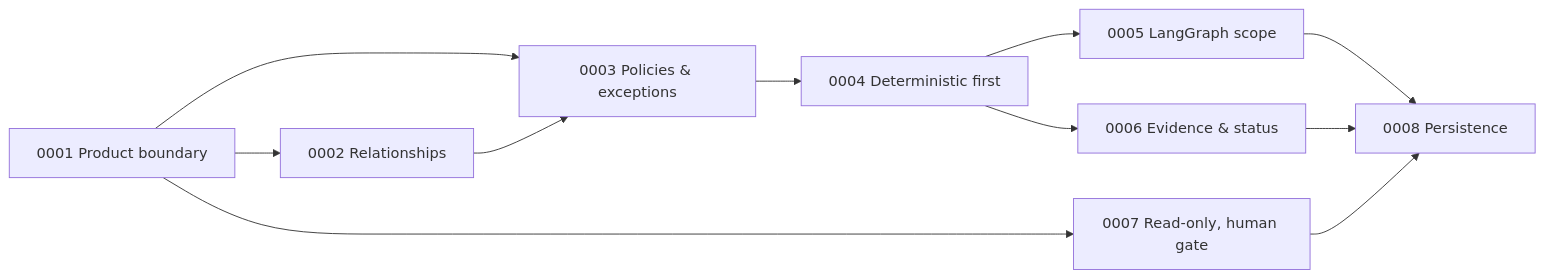
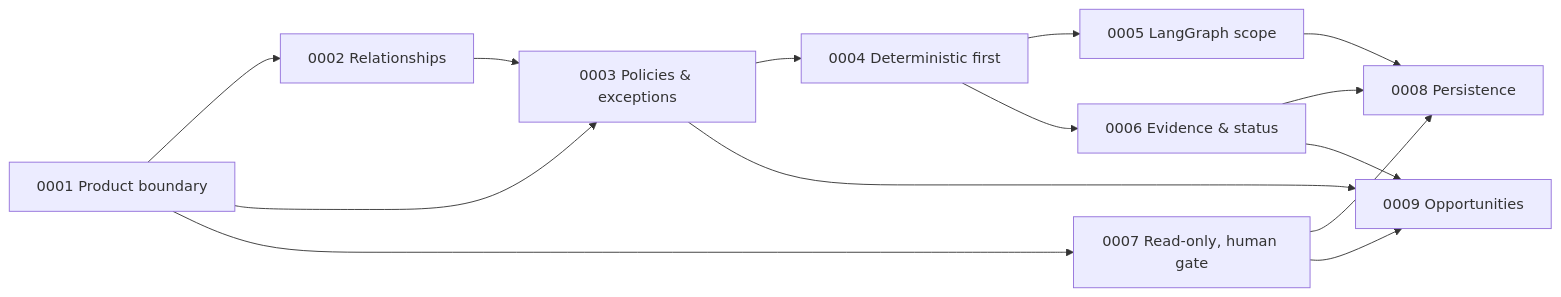
Before and after one commit to koydas/repo-orchestrator: the diagram in docs/adr/README.md, drawn with Mermaid. The commit also changed other lines of this file and 14 other files, not shown here.

````diff
--- a/docs/adr/README.md
+++ b/docs/adr/README.md
@@ -22,13 +23,16 @@
 ```mermaid
 flowchart LR
     A1["0001 Product boundary"] --> A2["0002 Relationships"]
     A1 --> A3["0003 Policies & exceptions"]
     A2 --> A3
     A3 --> A4["0004 Deterministic first"]
     A4 --> A5["0005 LangGraph scope"]
     A4 --> A6["0006 Evidence & status"]
     A1 --> A7["0007 Read-only, human gate"]
     A5 --> A8["0008 Persistence"]
     A6 --> A8
     A7 --> A8
+    A3 --> A9["0009 Opportunities"]
+    A6 --> A9
+    A7 --> A9
 ```
````
